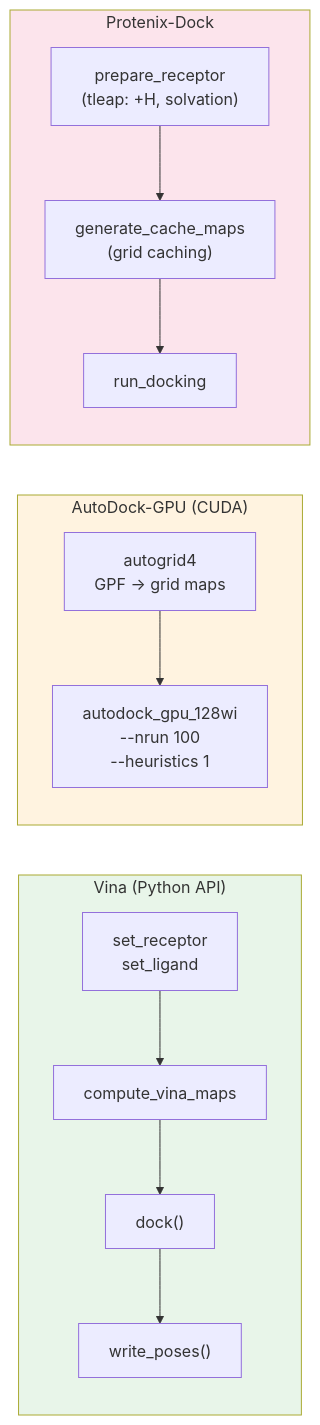
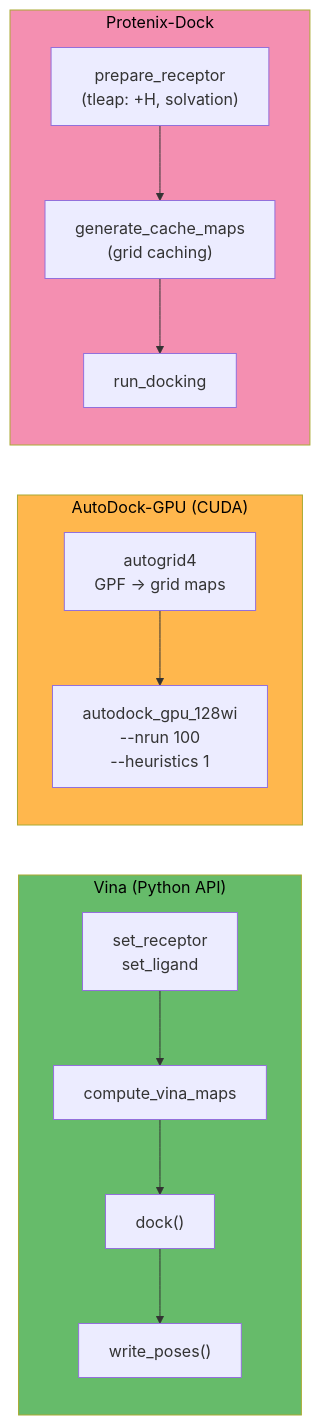
Diagram 11 of 17 in docs/pipeline.md (eightmm/mosaic-pl), drawn with Mermaid before and after one commit. The commit also changed other lines of this file, not shown here.

````diff
--- a/docs/pipeline.md
+++ b/docs/pipeline.md
@@ -287,18 +287,18 @@
 ```mermaid
 flowchart LR
     subgraph VINA["Vina (Python API)"]
         V1["set_receptor\nset_ligand"] --> V2["compute_vina_maps"] --> V3["dock()"] --> V4["write_poses()"]
     end
 
     subgraph ADG["AutoDock-GPU (CUDA)"]
         A1["autogrid4\nGPF -> grid maps"] --> A2["autodock_gpu_128wi\n--nrun 100\n--heuristics 1"]
     end
 
     subgraph PXDOCK["Protenix-Dock"]
         P1["prepare_receptor\n(tleap: +H, solvation)"] --> P2["generate_cache_maps\n(grid caching)"] --> P3["run_docking"]
     end
 
-    style VINA fill:#e8f5e9
-    style ADG fill:#fff3e0
-    style PXDOCK fill:#fce4ec
+    style VINA fill:#66bb6a,color:#000
+    style ADG fill:#ffb74d,color:#000
+    style PXDOCK fill:#f48fb1,color:#000
 ```
````
